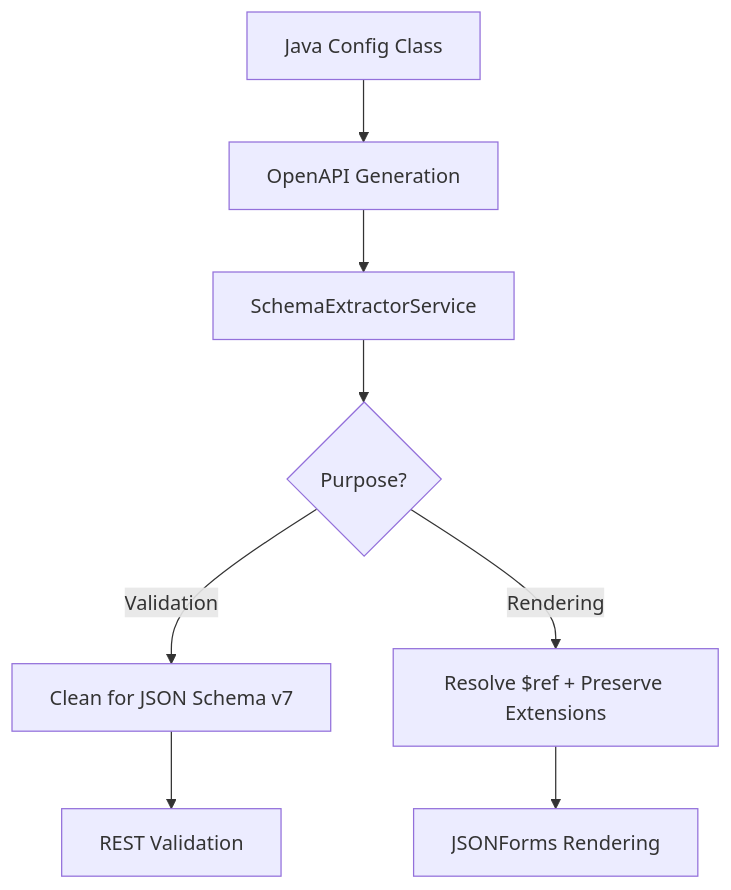
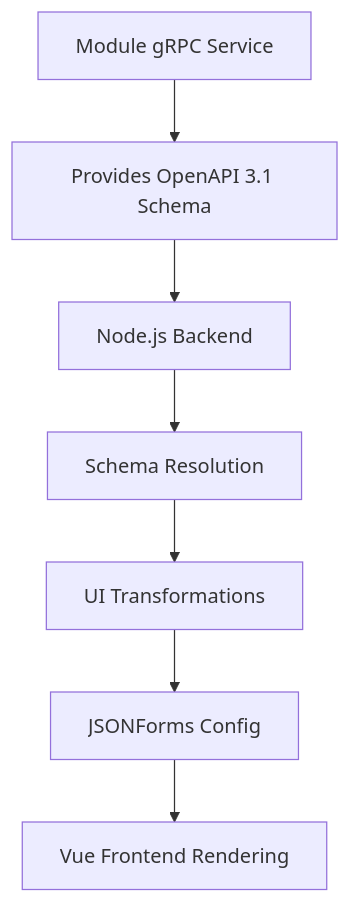
One commit to io-pipeline/pipeline changed the diagram in docs/TODO/31_FrontEndModuleCard.md. Above: the diagram before and after it, drawn with Mermaid. The commit also changed other lines of this file and 4 other files, not shown here.

Commit message:
Remove unused `fields.md`, update TODO docs for backend/frontend schema handling, and improve registration process examples.

````diff
--- a/docs/TODO/31_FrontEndModuleCard.md
+++ b/docs/TODO/31_FrontEndModuleCard.md
@@ -179,10 +174,9 @@
 ```mermaid
 graph TD
-    A[Java Config Class] --> B[OpenAPI Generation]
-    B --> C[SchemaExtractorService]
-    C --> D{Purpose?}
-    D -->|Validation| E[Clean for JSON Schema v7]
-    D -->|Rendering| F[Resolve $ref + Preserve Extensions]
-    E --> G[REST Validation]
-    F --> H[JSONForms Rendering]
+    A[Module gRPC Service] --> B[Provides OpenAPI 3.1 Schema]
+    B --> C[Node.js Backend]
+    C --> D[Schema Resolution]
+    D --> E[UI Transformations]
+    E --> F[JSONForms Config]
+    F --> G[Vue Frontend Rendering]
 ```
````
